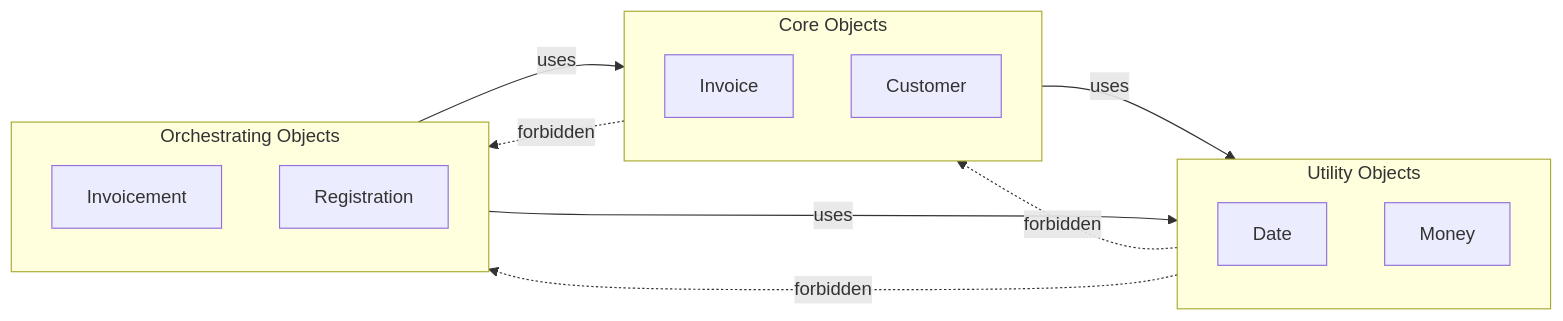
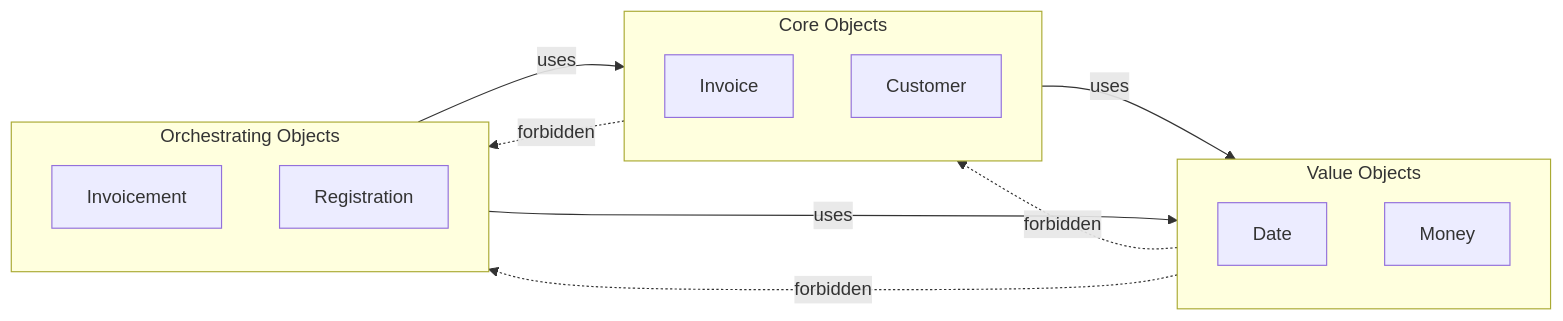
One commit to andreas-wagner-dev/object-oriented-learning-journey changed the second of 7 diagrams in blog/000_layer2.md. Above: the diagram before and after it, drawn with Mermaid. The commit also changed other lines of this file, not shown here.

````diff
--- a/blog/000_layer2.md
+++ b/blog/000_layer2.md
@@ -56,28 +54,28 @@
 ```mermaid
 flowchart LR
 
-  subgraph H1["Utility Objects"]
+  subgraph H1["Value Objects"]
     U1["Date"]
     U2["Money"]
   end
 
   subgraph H2["Core Objects"]
     C1["Invoice"]
     C2["Customer"]
   end
 
   subgraph H3["Orchestrating Objects"]
     O1["Invoicement"]
     O2["Registration"]
   end
 
   %% Allowed
   H2 -->|uses| H1
   H3 -->|uses| H2
   H3 -->|uses| H1
 
   %% Forbidden
   H1 -.->|forbidden| H2
   H1 -.->|forbidden| H3
   H2 -.->|forbidden| H3
 ```
````
